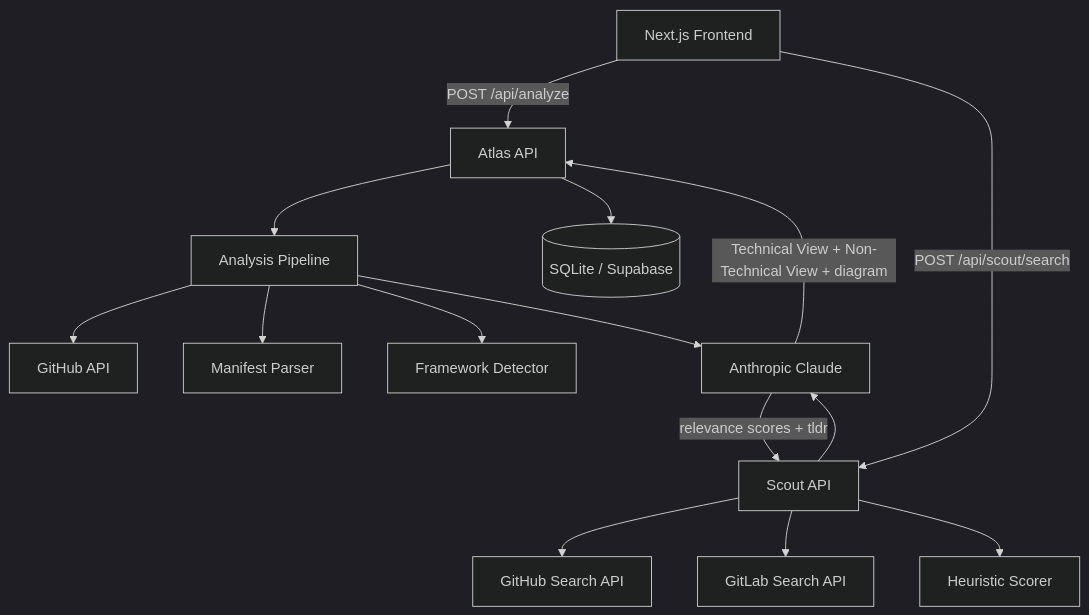
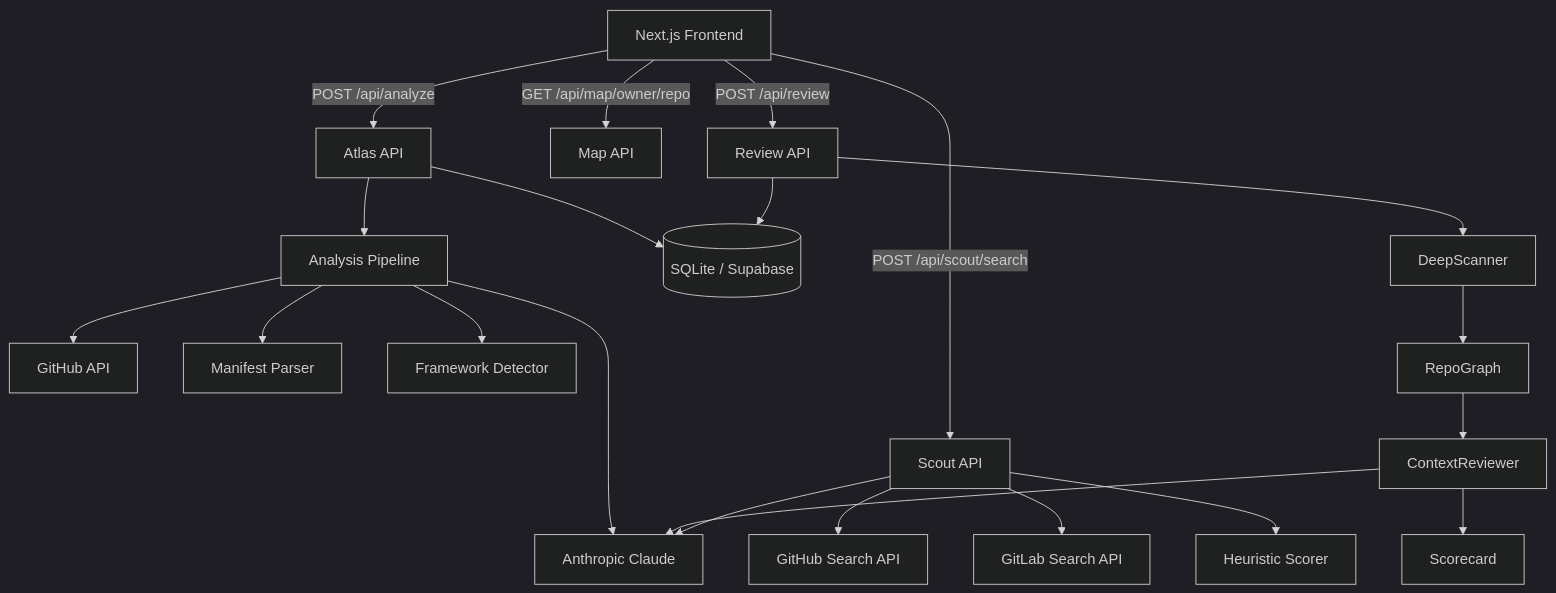
One commit to MentalVibez/AI_Architecture_Explainer changed the diagram in README.md. Above: the diagram before and after it, drawn with Mermaid (dark theme). The commit also changed other lines of this file and 30 other files, not shown here.

````diff
--- a/README.md
+++ b/README.md
@@ -60,22 +83,28 @@
 ```mermaid
 graph TD
     UI[Next.js Frontend]
 
     UI -->|POST /api/analyze| AtlasAPI[Atlas API]
     UI -->|POST /api/scout/search| ScoutAPI[Scout API]
+    UI -->|GET /api/map/owner/repo| MapAPI[Map API]
+    UI -->|POST /api/review| ReviewAPI[Review API]
 
     AtlasAPI --> Pipeline[Analysis Pipeline]
     Pipeline --> GitHub[GitHub API]
     Pipeline --> Manifests[Manifest Parser]
     Pipeline --> Detector[Framework Detector]
     Pipeline --> LLM[Anthropic Claude]
     AtlasAPI --> DB[(SQLite / Supabase)]
 
+    ReviewAPI --> DeepScan[DeepScanner]
+    DeepScan --> RepoGraph[RepoGraph]
+    RepoGraph --> CtxReview[ContextReviewer]
+    CtxReview --> LLM
+    CtxReview --> Scorecard[Scorecard]
+    ReviewAPI --> DB
+
     ScoutAPI --> GHSearch[GitHub Search API]
     ScoutAPI --> GLSearch[GitLab Search API]
     ScoutAPI --> Scorer[Heuristic Scorer]
     ScoutAPI --> LLM
-
-    LLM -->|Technical View + Non-Technical View + diagram| AtlasAPI
-    LLM -->|relevance scores + tldr| ScoutAPI
 ```
````
